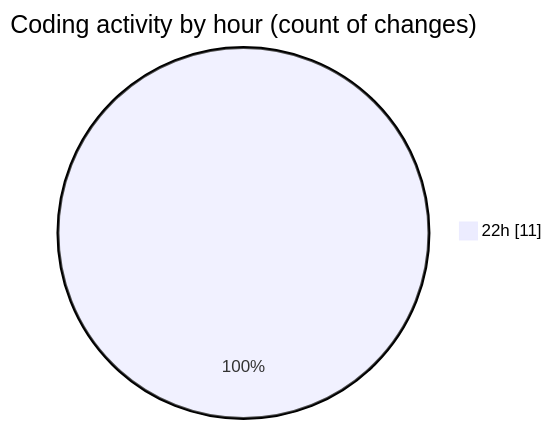
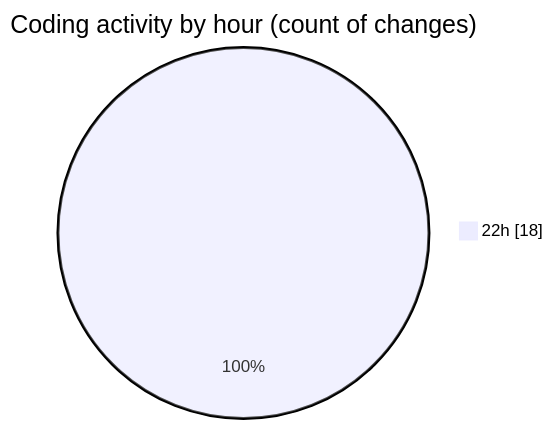
One commit to charlie-sans/code-tracking changed the second of 2 diagrams in 2025-02-18/masm/README.md. Above: the diagram before and after it, drawn with Mermaid. The commit also changed other lines of this file and 1 other file, not shown here.

````diff
--- a/2025-02-18/masm/README.md
+++ b/2025-02-18/masm/README.md
@@ -32,5 +33,5 @@
 ```mermaid
 pie showData
 title Coding activity by hour (count of changes)
-"22h" : 11
+"22h" : 18
 ```
````
